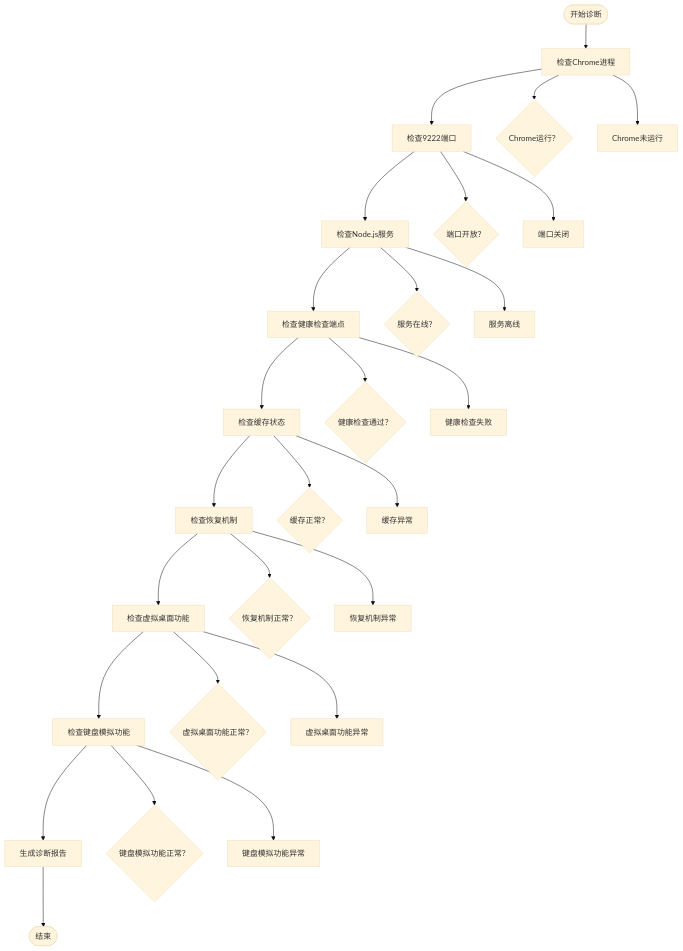
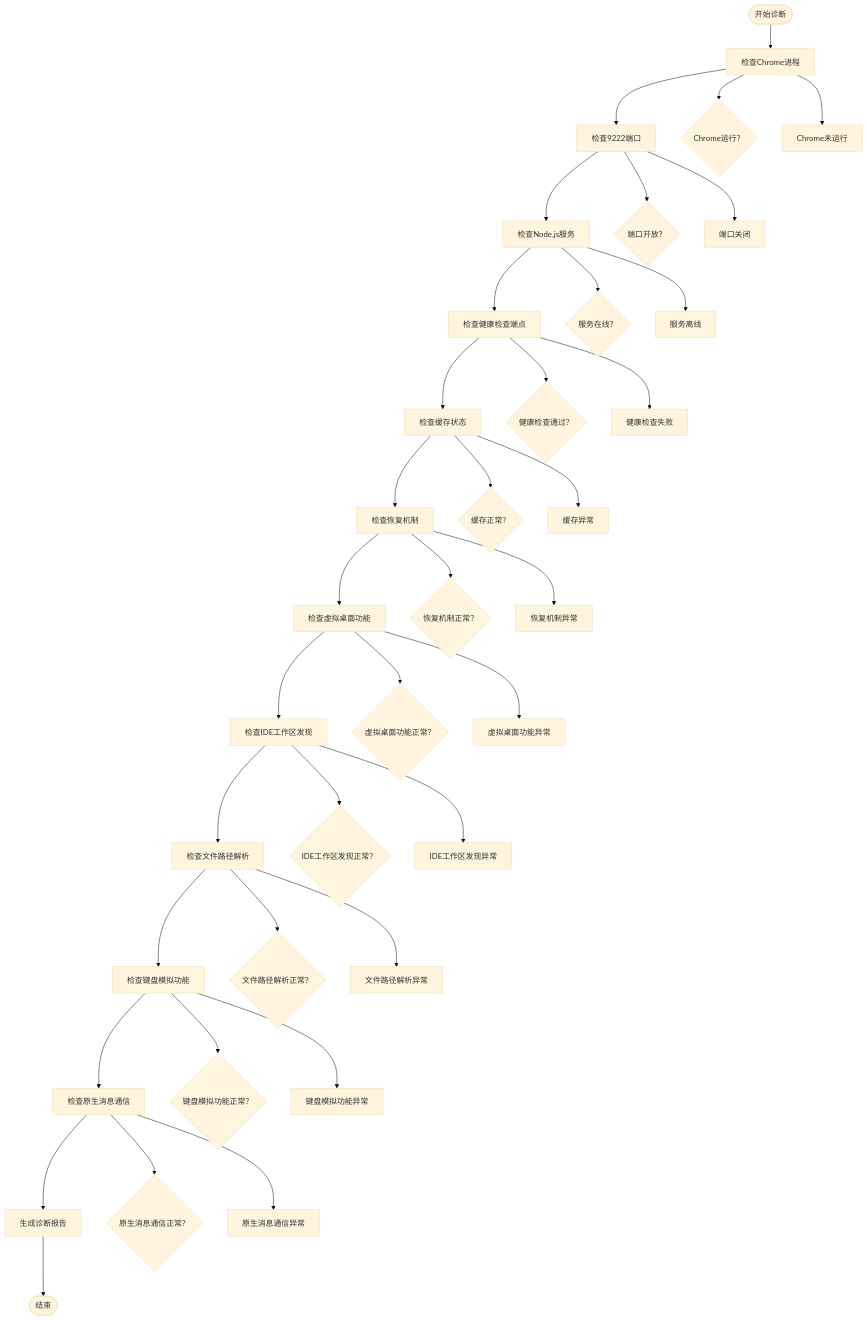
Diagram 16 of 16 in .qoder/repowiki/zh/content/外部工具集成/Node.js桥接工具.md (wangys-123doit/hotkey), drawn with Mermaid (base theme) before and after one commit. The commit also changed other lines of this file and 5 other files, not shown here.

````diff
--- a/.qoder/repowiki/zh/content/外部工具集成/Node.js桥接工具.md
+++ b/.qoder/repowiki/zh/content/外部工具集成/Node.js桥接工具.md
@@ -1000,29 +1353,38 @@
 ```mermaid
 flowchart TD
 Start([开始诊断]) --> CheckChrome["检查Chrome进程"]
 CheckChrome --> CheckPort["检查9222端口"]
 CheckPort --> CheckBridge["检查Node.js服务"]
 CheckBridge --> CheckHealth["检查健康检查端点"]
 CheckHealth --> CheckCache["检查缓存状态"]
 CheckCache --> CheckRecovery["检查恢复机制"]
 CheckRecovery --> CheckVirtualDesktop["检查虚拟桌面功能"]
-CheckVirtualDesktop --> CheckKeyboard["检查键盘模拟功能"]
-CheckKeyboard --> Report["生成诊断报告"]
+CheckVirtualDesktop --> CheckIDEWorkspace["检查IDE工作区发现"]
+CheckIDEWorkspace --> CheckPathResolution["检查文件路径解析"]
+CheckPathResolution --> CheckKeyboard["检查键盘模拟功能"]
+CheckKeyboard --> CheckNativeMessaging["检查原生消息通信"]
+CheckNativeMessaging --> Report["生成诊断报告"]
 Report --> End([结束])
 CheckChrome --> ChromeOK{"Chrome运行？"}
 CheckChrome --> ChromeFail["Chrome未运行"]
 CheckPort --> PortOK{"端口开放？"}
 CheckPort --> PortFail["端口关闭"]
 CheckBridge --> BridgeOK{"服务在线？"}
 CheckBridge --> BridgeFail["服务离线"]
 CheckHealth --> HealthOK{"健康检查通过？"}
 CheckHealth --> HealthFail["健康检查失败"]
 CheckCache --> CacheOK{"缓存正常？"}
 CheckCache --> CacheFail["缓存异常"]
 CheckRecovery --> RecoveryOK{"恢复机制正常？"}
 CheckRecovery --> RecoveryFail["恢复机制异常"]
 CheckVirtualDesktop --> VDOK{"虚拟桌面功能正常？"}
 CheckVirtualDesktop --> VDFail["虚拟桌面功能异常"]
+CheckIDEWorkspace --> IDEOK{"IDE工作区发现正常？"}
+CheckIDEWorkspace --> IDEFail["IDE工作区发现异常"]
+CheckPathResolution --> PathOK{"文件路径解析正常？"}
+CheckPathResolution --> PathFail["文件路径解析异常"]
 CheckKeyboard --> KOK{"键盘模拟功能正常？"}
 CheckKeyboard --> KFail["键盘模拟功能异常"]
+CheckNativeMessaging --> NMOK{"原生消息通信正常？"}
+CheckNativeMessaging --> NMFail["原生消息通信异常"]
 ```
````
